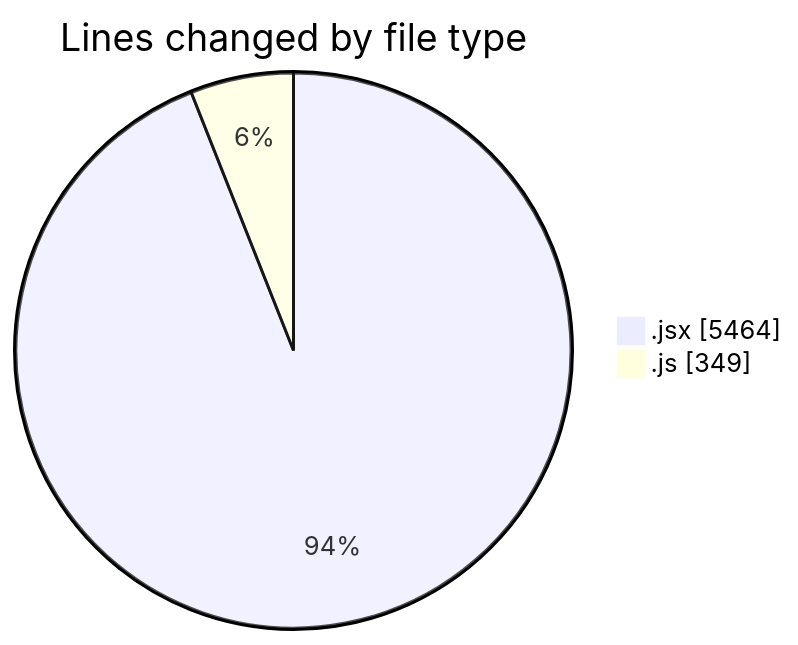
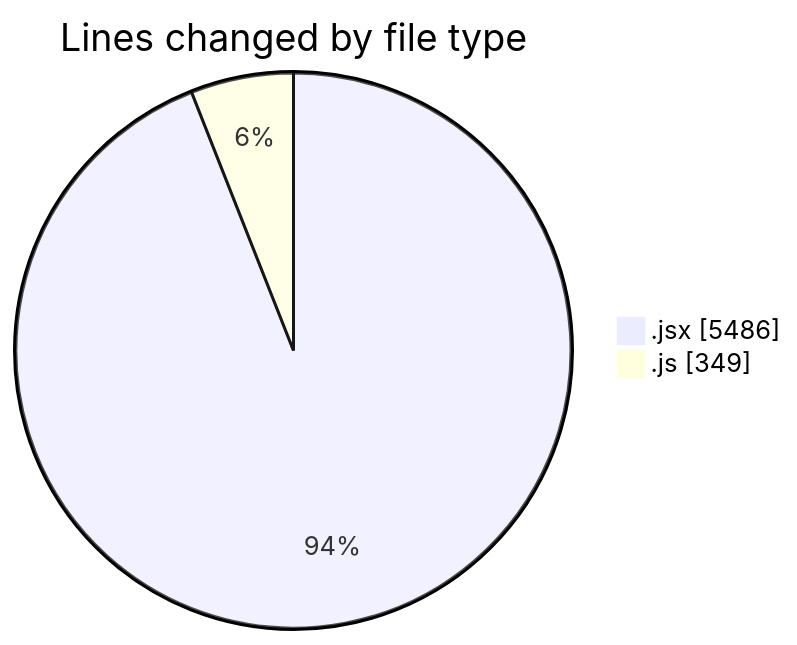
The first of 2 diagrams in 2025-12-11/nxtqube_webapp/README.md (nxtqubesakshisongat/code-tracking), drawn with Mermaid before and after one commit. The commit also changed other lines of this file and 1 other file, not shown here.

````diff
--- a/2025-12-11/nxtqube_webapp/README.md
+++ b/2025-12-11/nxtqube_webapp/README.md
@@ -28,6 +29,6 @@
 ```mermaid
 pie showData
 title Lines changed by file type
-".jsx" : 5464
+".jsx" : 5486
 ".js" : 349
 ```
````
